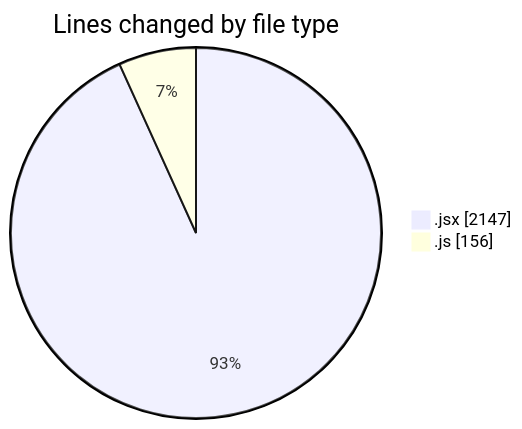
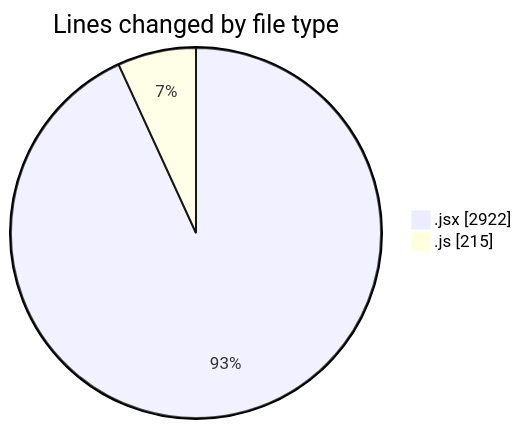
One commit to nxtqubesakshisongat/code-tracking changed the first of 2 diagrams in 2025-05-22/nxtqube_webapp/README.md. Above: the diagram before and after it, drawn with Mermaid. The commit also changed other lines of this file and 1 other file, not shown here.

````diff
--- a/2025-05-22/nxtqube_webapp/README.md
+++ b/2025-05-22/nxtqube_webapp/README.md
@@ -21,6 +22,6 @@
 ```mermaid
 pie showData
 title Lines changed by file type
-".jsx" : 2147
-".js" : 156
+".jsx" : 2922
+".js" : 215
 ```
````
